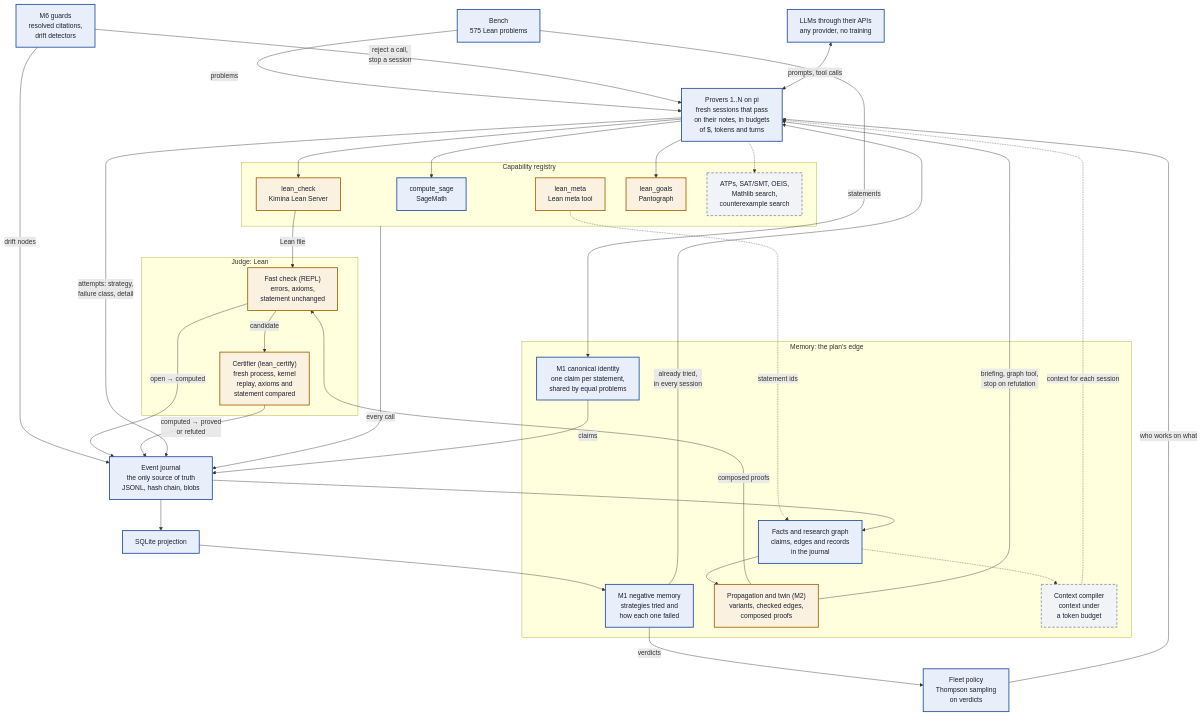
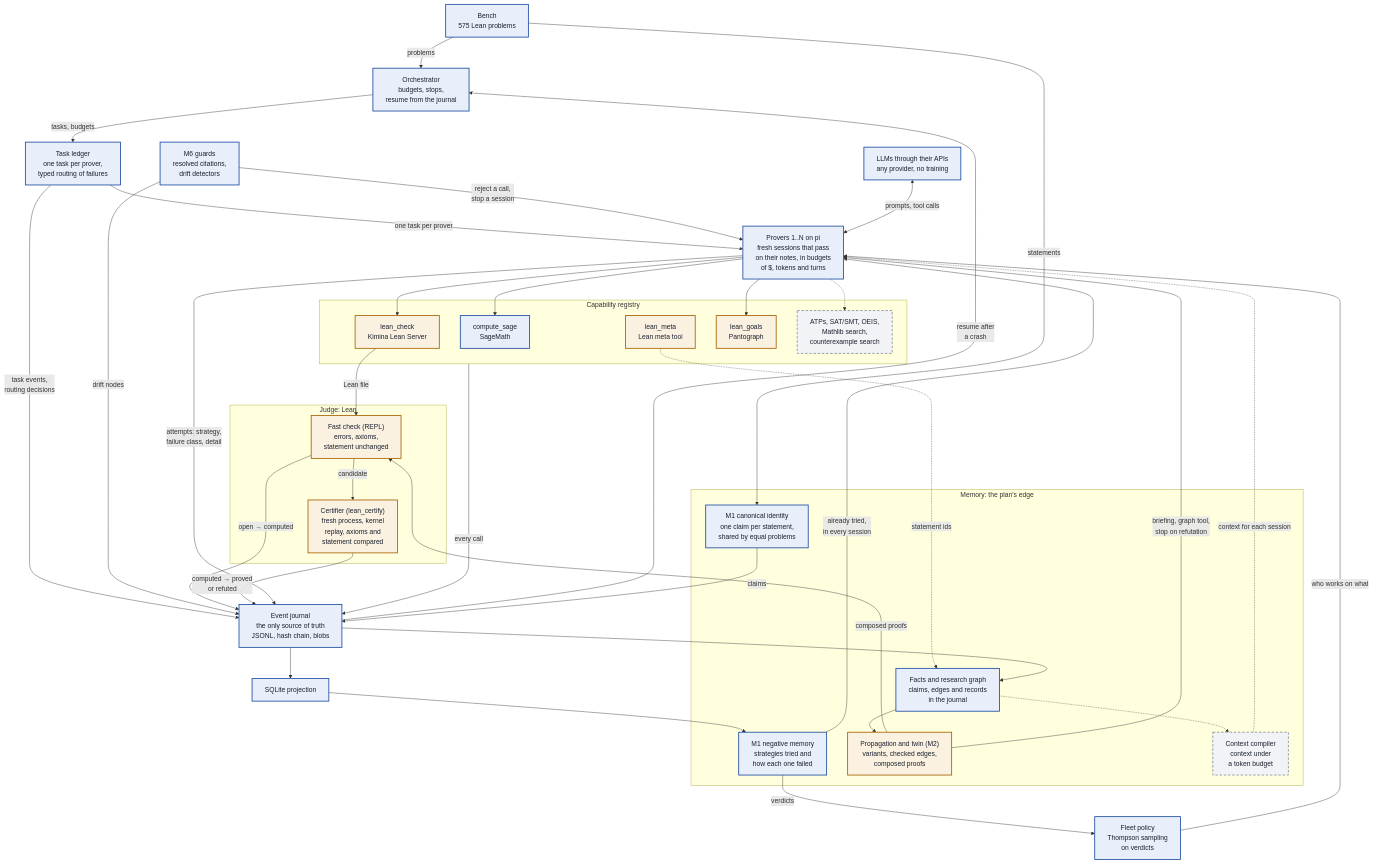
The diagram in README.md (Kdevos12/seshat), drawn with Mermaid before and after one commit. The commit also changed other lines of this file and 22 other files, not shown here.

````diff
--- a/README.md
+++ b/README.md
@@ -20,64 +22,70 @@
 ```mermaid
 flowchart TB
   classDef built fill:#e8eefa,stroke:#1f4fa3,stroke-width:2px,color:#1b2230
   classDef wait fill:#fbf1e1,stroke:#a66300,stroke-width:2px,color:#1b2230
   classDef planned fill:#f1f3f6,stroke:#8a92a3,stroke-width:2px,stroke-dasharray:6 4,color:#1b2230
 
   bench["Bench<br/>575 Lean problems"]:::built
   fleet["Fleet policy<br/>Thompson sampling<br/>on verdicts"]:::built
   guards["M6 guards<br/>resolved citations,<br/>drift detectors"]:::built
   llm["LLMs through their APIs<br/>any provider, no training"]:::built
   provers["Provers 1..N on pi<br/>fresh sessions that pass<br/>on their notes, in budgets<br/>of $, tokens and turns"]:::built
+  orchestrator["Orchestrator<br/>budgets, stops,<br/>resume from the journal"]:::built
+  ledger["Task ledger<br/>one task per prover,<br/>typed routing of failures"]:::built
 
   subgraph TOOLS["Capability registry"]
     leancheck["lean_check<br/>Kimina Lean Server"]:::wait
     sage["compute_sage<br/>SageMath"]:::built
     leanmeta["lean_meta<br/>Lean meta tool"]:::wait
     leangoals["lean_goals<br/>Pantograph"]:::wait
     moretools["ATPs, SAT/SMT, OEIS,<br/>Mathlib search,<br/>counterexample search"]:::planned
   end
 
   subgraph JUDGE["Judge: Lean"]
     fast["Fast check (REPL)<br/>errors, axioms,<br/>statement unchanged"]:::wait
     certifier["Certifier (lean_certify)<br/>fresh process, kernel<br/>replay, axioms and<br/>statement compared"]:::wait
   end
 
   journal["Event journal<br/>the only source of truth<br/>JSONL, hash chain, blobs"]:::built
   projection["SQLite projection"]:::built
 
   subgraph MEMORY["Memory: the plan's edge"]
     identity["M1 canonical identity<br/>one claim per statement,<br/>shared by equal problems"]:::built
     tried["M1 negative memory<br/>strategies tried and<br/>how each one failed"]:::built
     kg["Facts and research graph<br/>claims, edges and records<br/>in the journal"]:::built
     prop["Propagation and twin (M2)<br/>variants, checked edges,<br/>composed proofs"]:::wait
     compiler["Context compiler<br/>context under<br/>a token budget"]:::planned
   end
 
-  bench -->|problems| provers
+  bench -->|problems| orchestrator
+  orchestrator -->|"tasks, budgets"| ledger
+  ledger -->|"one task per prover"| provers
+  ledger -->|"task events,<br/>routing decisions"| journal
+  journal -->|"resume after<br/>a crash"| orchestrator
   bench -->|statements| identity
   identity -->|claims| journal
   fleet -->|"who works on what"| provers
   guards -->|"reject a call,<br/>stop a session"| provers
   guards -->|"drift nodes"| journal
   llm <-->|"prompts, tool calls"| provers
   provers --> leancheck & sage
   provers -.-> moretools
   leanmeta -.->|"statement ids"| kg
   provers --> leangoals
   leancheck -->|Lean file| fast
   fast -->|"open → computed"| journal
   fast -->|candidate| certifier
   certifier -->|"computed → proved<br/>or refuted"| journal
   TOOLS -->|"every call"| journal
   provers -->|"attempts: strategy,<br/>failure class, detail"| journal
   journal --> projection
   projection --> tried
   tried -->|"already tried,<br/>in every session"| provers
   tried -->|"verdicts"| fleet
   journal --> kg
   kg --> prop
   prop -->|"composed proofs"| fast
   prop -->|"briefing, graph tool,<br/>stop on refutation"| provers
   kg -.-> compiler
   compiler -.->|"context for each session"| provers
 ```
````
